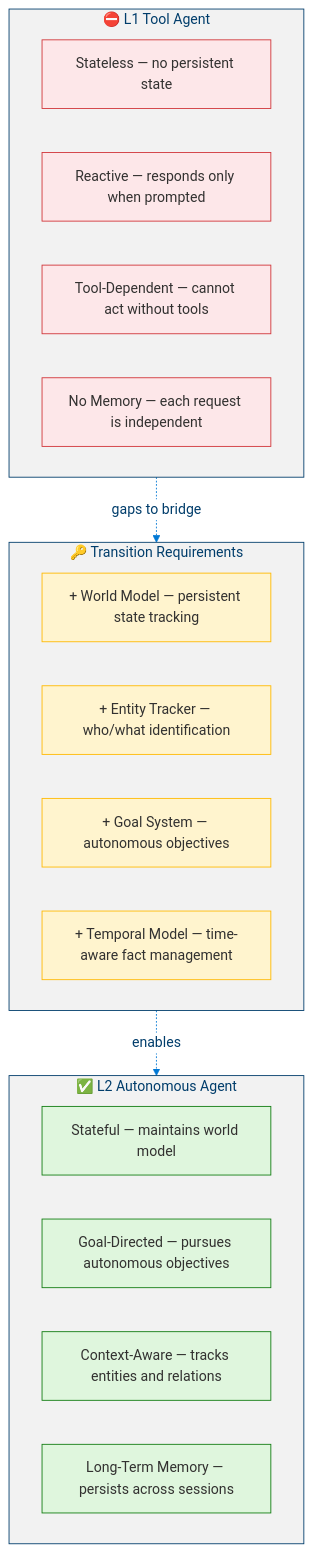
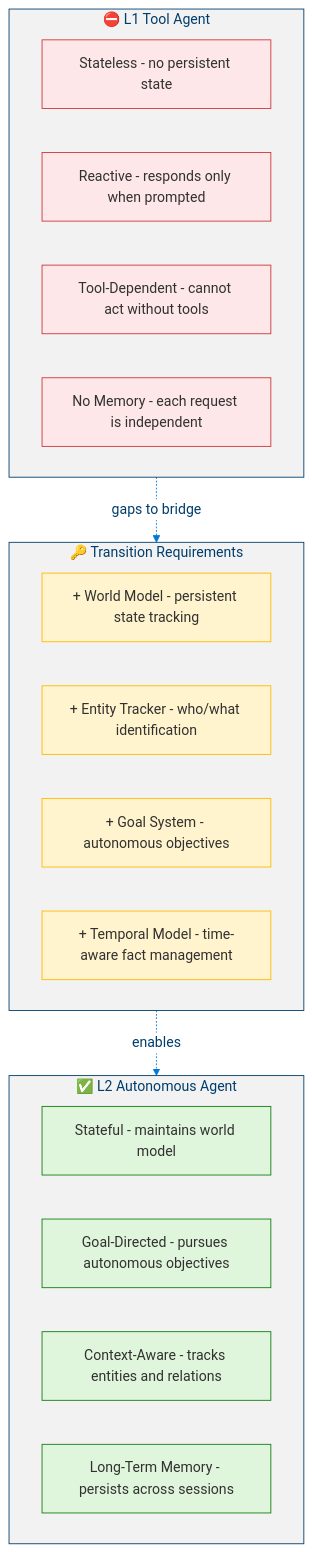
The sixth of 7 diagrams in docs/levels/Level_1_Tool_Agent.md (dotnetpower/mscp), drawn with Mermaid before and after one commit. The commit also changed other lines of this file and 26 other files, not shown here.

````diff
--- a/docs/levels/Level_1_Tool_Agent.md
+++ b/docs/levels/Level_1_Tool_Agent.md
@@ -457,34 +457,34 @@
 ```mermaid
 %%{init: {'theme': 'base', 'themeVariables': {'primaryColor': '#0078D4', 'primaryTextColor': '#003D6B', 'primaryBorderColor': '#003D6B', 'secondaryColor': '#50E6FF', 'secondaryTextColor': '#323130', 'secondaryBorderColor': '#00BCF2', 'tertiaryColor': '#F2F2F2', 'tertiaryTextColor': '#323130', 'lineColor': '#0078D4', 'textColor': '#323130', 'mainBkg': '#DEECF9', 'nodeBorder': '#0078D4', 'clusterBkg': '#F2F2F2', 'clusterBorder': '#003D6B', 'titleColor': '#003D6B', 'edgeLabelBackground': '#FFFFFF', 'fontSize': '16px'}}}%%
 flowchart TB
   classDef danger fill:#D13438,stroke:#A4262C,color:#FFF
   classDef dangerLight fill:#FDE7E9,stroke:#D13438,color:#323130
   classDef warning fill:#FFB900,stroke:#CC9400,color:#323130
   classDef warningLight fill:#FFF4CE,stroke:#FFB900,color:#323130
   classDef success fill:#107C10,stroke:#085108,color:#FFF
   classDef successLight fill:#DFF6DD,stroke:#107C10,color:#323130
 
   subgraph L1["⛔ L1 Tool Agent"]
-    A1["Stateless — no persistent state"]:::dangerLight
-    A2["Reactive — responds only when prompted"]:::dangerLight
-    A3["Tool-Dependent — cannot act without tools"]:::dangerLight
-    A4["No Memory — each request is independent"]:::dangerLight
+    A1["Stateless - no persistent state"]:::dangerLight
+    A2["Reactive - responds only when prompted"]:::dangerLight
+    A3["Tool-Dependent - cannot act without tools"]:::dangerLight
+    A4["No Memory - each request is independent"]:::dangerLight
   end
 
   subgraph Gap["🔑 Transition Requirements"]
-    G1["+ World Model — persistent state tracking"]:::warningLight
-    G2["+ Entity Tracker — who/what identification"]:::warningLight
-    G3["+ Goal System — autonomous objectives"]:::warningLight
-    G4["+ Temporal Model — time-aware fact management"]:::warningLight
+    G1["+ World Model - persistent state tracking"]:::warningLight
+    G2["+ Entity Tracker - who/what identification"]:::warningLight
+    G3["+ Goal System - autonomous objectives"]:::warningLight
+    G4["+ Temporal Model - time-aware fact management"]:::warningLight
   end
 
   subgraph L2["✅ L2 Autonomous Agent"]
-    B1["Stateful — maintains world model"]:::successLight
-    B2["Goal-Directed — pursues autonomous objectives"]:::successLight
-    B3["Context-Aware — tracks entities and relations"]:::successLight
-    B4["Long-Term Memory — persists across sessions"]:::successLight
+    B1["Stateful - maintains world model"]:::successLight
+    B2["Goal-Directed - pursues autonomous objectives"]:::successLight
+    B3["Context-Aware - tracks entities and relations"]:::successLight
+    B4["Long-Term Memory - persists across sessions"]:::successLight
   end
 
   L1 -.->|"gaps to bridge"| Gap
   Gap -.->|"enables"| L2
 ```
````
